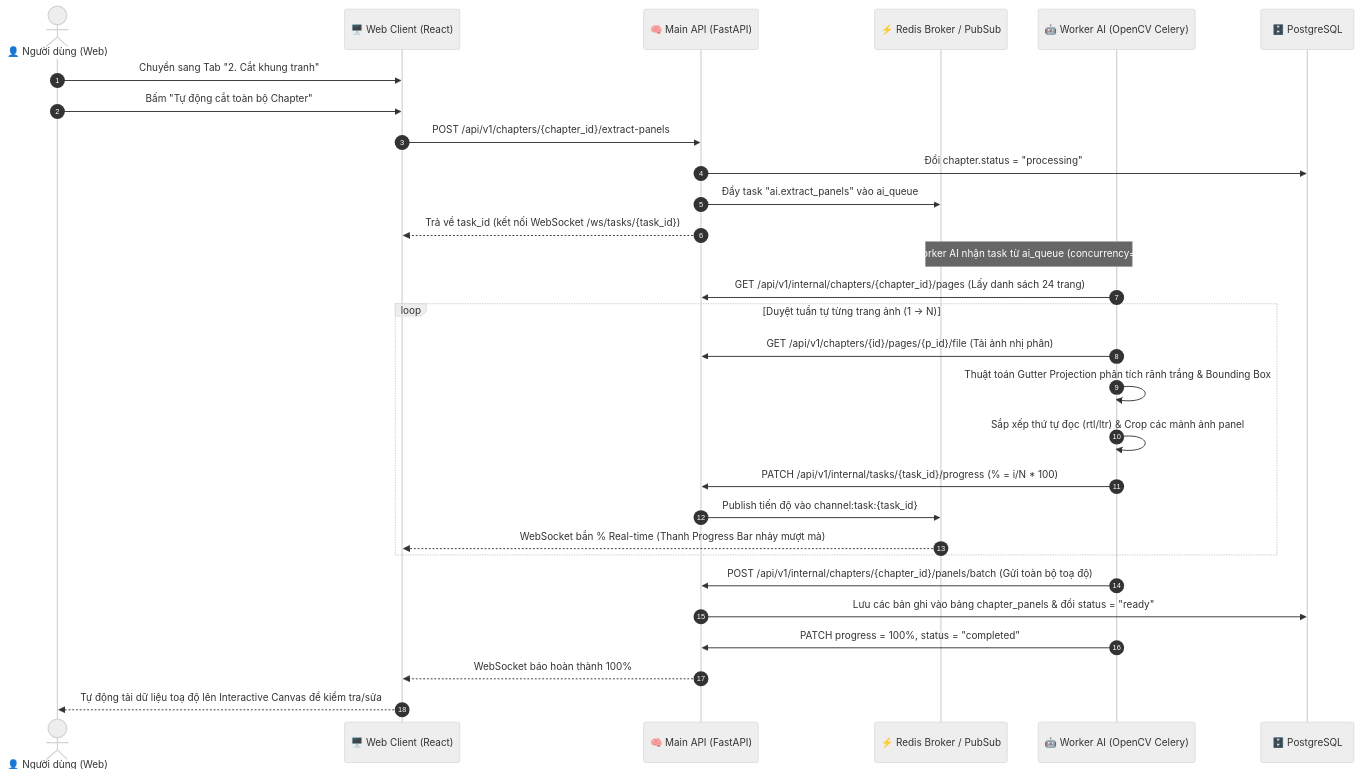
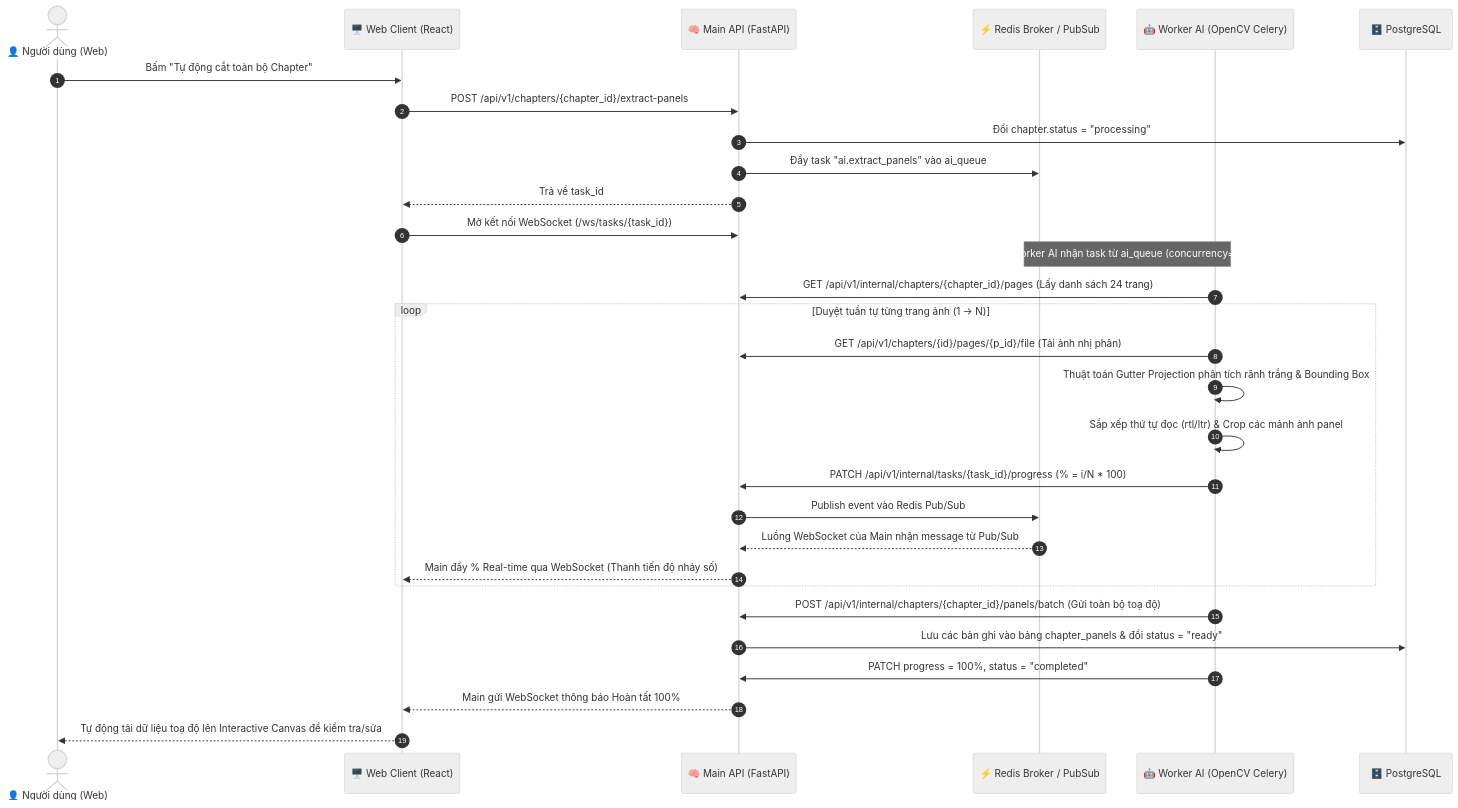
The diagram in Docs/MODULE_05_TONG_KET_WORKFLOW_GUI.md (Tuanbui1212/tools-review), drawn with Mermaid (neutral theme) before and after one commit. The commit also changed other lines of this file and 1 other file, not shown here.

Commit message:
docs: fix sequence diagram to accurately reflect Main WebSocket dispatching to Web client

````diff
--- a/Docs/MODULE_05_TONG_KET_WORKFLOW_GUI.md
+++ b/Docs/MODULE_05_TONG_KET_WORKFLOW_GUI.md
@@ -22,35 +22,36 @@
 ```mermaid
 sequenceDiagram
     autonumber
     actor User as 👤 Người dùng (Web)
     participant Web as 🖥️ Web Client (React)
     participant Main as 🧠 Main API (FastAPI)
     participant Redis as ⚡ Redis Broker / PubSub
     participant Worker as 🤖 Worker AI (OpenCV Celery)
     participant DB as 🗄️ PostgreSQL
 
-    User->>Web: Chuyển sang Tab "2. Cắt khung tranh"
     User->>Web: Bấm "Tự động cắt toàn bộ Chapter"
     Web->>Main: POST /api/v1/chapters/{chapter_id}/extract-panels
     Main->>DB: Đổi chapter.status = "processing"
     Main->>Redis: Đẩy task "ai.extract_panels" vào ai_queue
-    Main-->>Web: Trả về task_id (kết nối WebSocket /ws/tasks/{task_id})
+    Main-->>Web: Trả về task_id
+    Web->>Main: Mở kết nối WebSocket (/ws/tasks/{task_id})
 
     Note over Worker,Redis: Worker AI nhận task từ ai_queue (concurrency=2)
     Worker->>Main: GET /api/v1/internal/chapters/{chapter_id}/pages (Lấy danh sách 24 trang)
     
     loop Duyệt tuần tự từng trang ảnh (1 -> N)
         Worker->>Main: GET /api/v1/chapters/{id}/pages/{p_id}/file (Tải ảnh nhị phân)
         Worker->>Worker: Thuật toán Gutter Projection phân tích rãnh trắng & Bounding Box
         Worker->>Worker: Sắp xếp thứ tự đọc (rtl/ltr) & Crop các mảnh ảnh panel
         Worker->>Main: PATCH /api/v1/internal/tasks/{task_id}/progress (% = i/N * 100)
-        Main->>Redis: Publish tiến độ vào channel:task:{task_id}
-        Redis-->>Web: WebSocket bắn % Real-time (Thanh Progress Bar nhảy mượt mà)
+        Main->>Redis: Publish event vào Redis Pub/Sub
+        Redis-->>Main: Luồng WebSocket của Main nhận message từ Pub/Sub
+        Main-->>Web: Main đẩy % Real-time qua WebSocket (Thanh tiến độ nhảy số)
     end
 
     Worker->>Main: POST /api/v1/internal/chapters/{chapter_id}/panels/batch (Gửi toàn bộ toạ độ)
     Main->>DB: Lưu các bản ghi vào bảng chapter_panels & đổi status = "ready"
     Worker->>Main: PATCH progress = 100%, status = "completed"
-    Main-->>Web: WebSocket báo hoàn thành 100%
+    Main-->>Web: Main gửi WebSocket thông báo Hoàn tất 100%
     Web-->>User: Tự động tải dữ liệu toạ độ lên Interactive Canvas để kiểm tra/sửa
 ```
````
